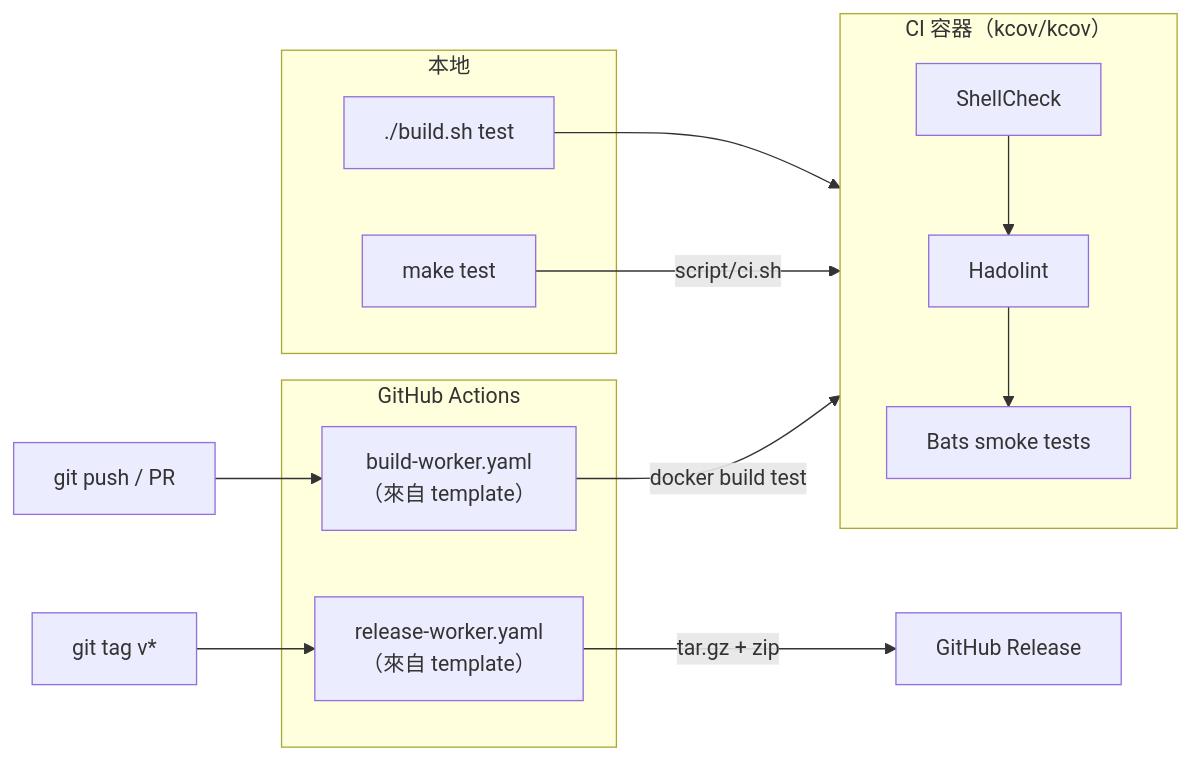
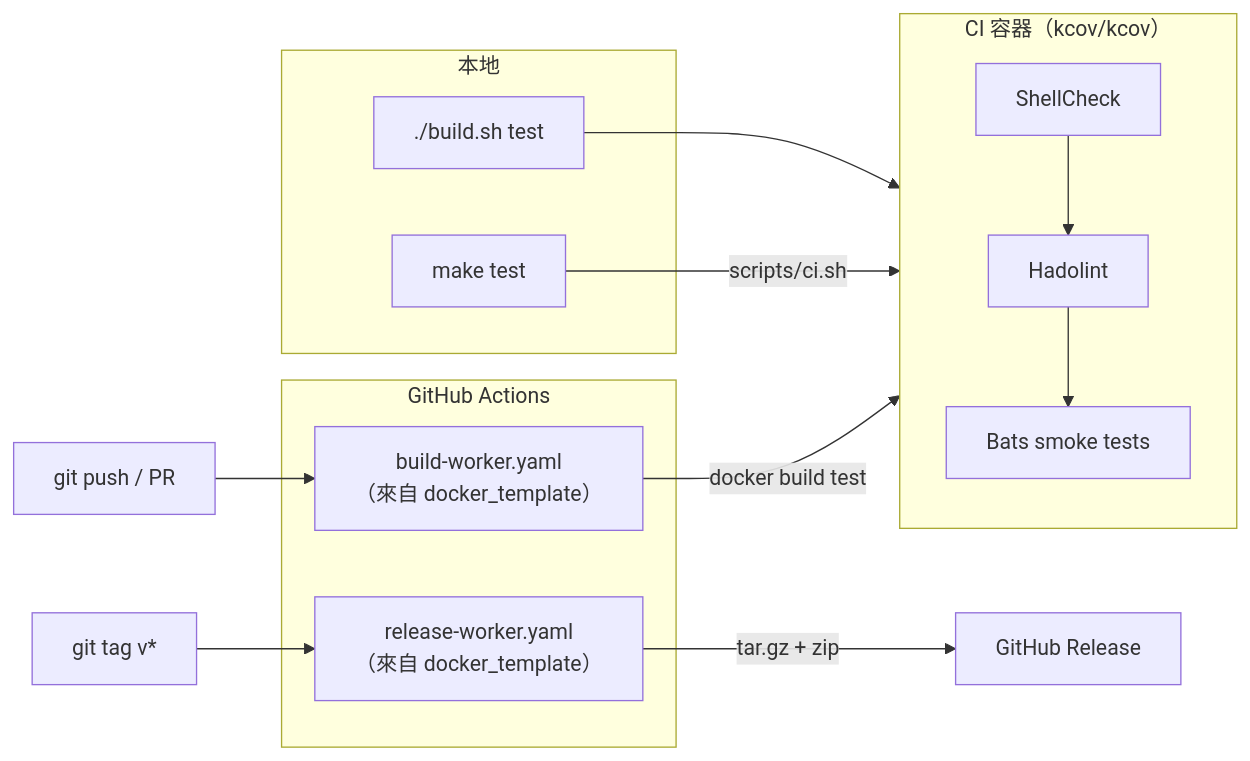
One commit to ycpss91255-docker/docker_template changed the second of 2 diagrams in doc/readme/README.zh-TW.md. Above: the diagram before and after it, drawn with Mermaid. The commit also changed other lines of this file and 4 other files, not shown here.

````diff
--- a/doc/readme/README.zh-TW.md
+++ b/doc/readme/README.zh-TW.md
@@ -64,27 +64,27 @@
 ```mermaid
 flowchart LR
     subgraph local["本地"]
         build_test["./build.sh test"]
         make_test["make test"]
     end
 
     subgraph ci_container["CI 容器（kcov/kcov）"]
         shellcheck["ShellCheck"]
         hadolint["Hadolint"]
         bats["Bats smoke tests"]
     end
 
     subgraph github["GitHub Actions"]
-        build_worker["build-worker.yaml<br/>（來自 template）"]
-        release_worker["release-worker.yaml<br/>（來自 template）"]
+        build_worker["build-worker.yaml<br/>（來自 docker_template）"]
+        release_worker["release-worker.yaml<br/>（來自 docker_template）"]
     end
 
     build_test --> ci_container
-    make_test -->|"script/ci.sh"| ci_container
+    make_test -->|"scripts/ci.sh"| ci_container
     shellcheck --> hadolint --> bats
 
     push["git push / PR"] --> build_worker
     build_worker -->|"docker build test"| ci_container
     tag["git tag v*"] --> release_worker
     release_worker -->|"tar.gz + zip"| release["GitHub Release"]
 ```
````
